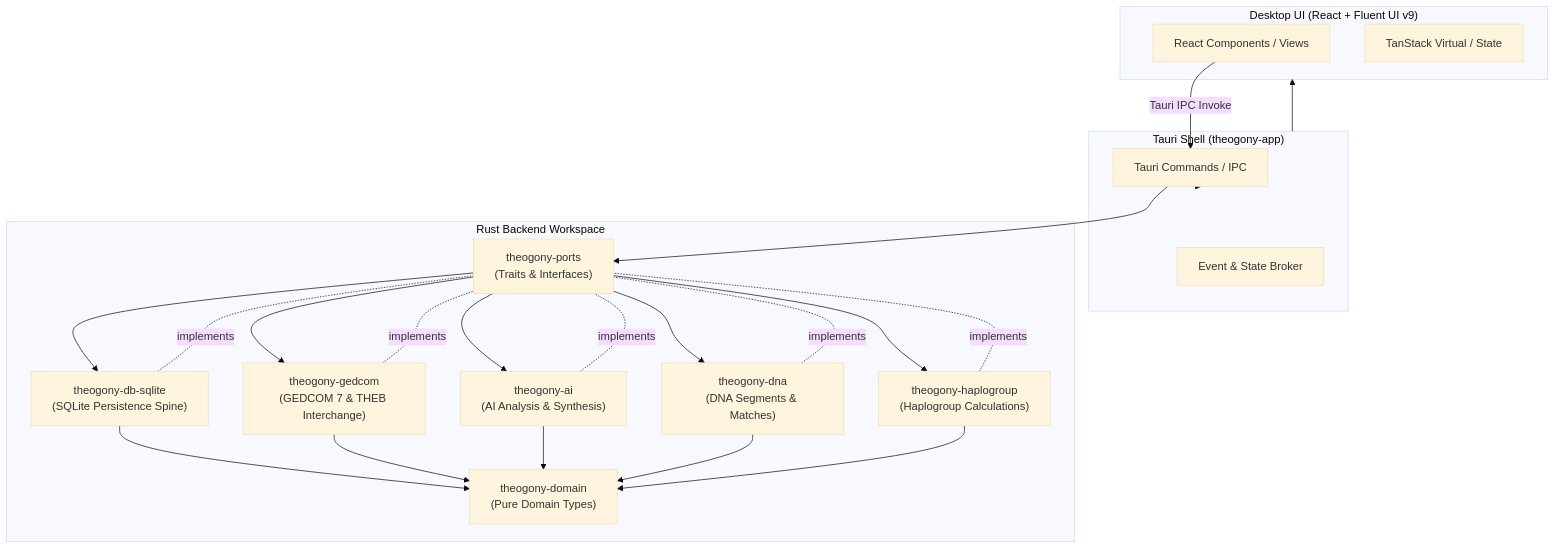
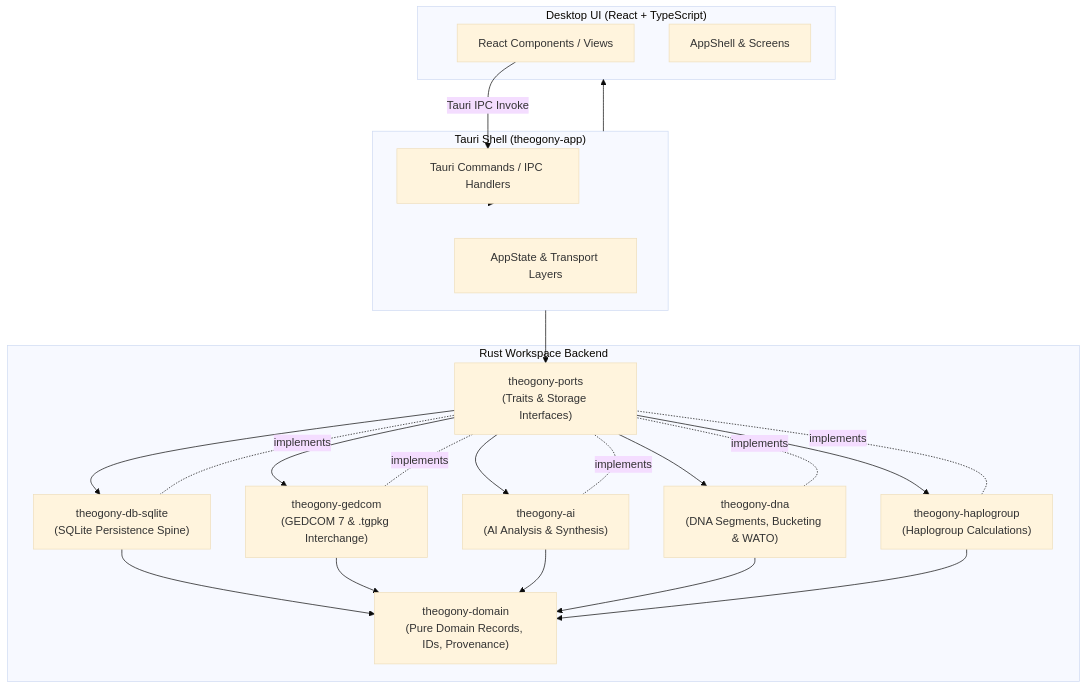
One commit to alerum68/Theogony changed the diagram in openwiki/architecture/system-overview.md. Above: the diagram before and after it, drawn with Mermaid (base theme). The commit also changed other lines of this file and 15 other files, not shown here.

````diff
--- a/openwiki/architecture/system-overview.md
+++ b/openwiki/architecture/system-overview.md
@@ -32,42 +35,42 @@
 ```mermaid
 graph TD
-    subgraph UI ["Desktop UI (React + Fluent UI v9)"]
+    subgraph UI ["Desktop UI (React + TypeScript)"]
         React[React Components / Views]
-        TanStack[TanStack Virtual / State]
+        AppShell[AppShell & Screens]
     end
 
     subgraph Tauri ["Tauri Shell (theogony-app)"]
-        Commands[Tauri Commands / IPC]
-        Events[Event & State Broker]
+        Commands[Tauri Commands / IPC Handlers]
+        State[AppState & Transport Layers]
     end
 
-    subgraph Backend ["Rust Backend Workspace"]
-        Ports["theogony-ports\n(Traits & Interfaces)"]
-        Domain["theogony-domain\n(Pure Domain Types)"]
+    subgraph Backend ["Rust Workspace Backend"]
+        Ports["theogony-ports\n(Traits & Storage Interfaces)"]
+        Domain["theogony-domain\n(Pure Domain Records, IDs, Provenance)"]
         DB["theogony-db-sqlite\n(SQLite Persistence Spine)"]
-        Gedcom["theogony-gedcom\n(GEDCOM 7 & THEB Interchange)"]
+        Gedcom["theogony-gedcom\n(GEDCOM 7 & .tgpkg Interchange)"]
         AI["theogony-ai\n(AI Analysis & Synthesis)"]
-        DNA["theogony-dna\n(DNA Segments & Matches)"]
+        DNA["theogony-dna\n(DNA Segments, Bucketing & WATO)"]
         Haplogroup["theogony-haplogroup\n(Haplogroup Calculations)"]
     end
 
     React -->|Tauri IPC Invoke| Commands
-    Commands --> Ports
+    Commands --> Tauri
+    Tauri --> Ports
     Ports --> DB
     Ports --> Gedcom
     Ports --> AI
     Ports --> DNA
     Ports --> Haplogroup
     DB -. implements .- Ports
     Gedcom -. implements .- Ports
     AI -. implements .- Ports
     DNA -. implements .- Ports
     Haplogroup -. implements .- Ports
     DB --> Domain
     Gedcom --> Domain
     AI --> Domain
     DNA --> Domain
     Haplogroup --> Domain
-    Commands --> Tauri
     Tauri --> UI
 ```
````
